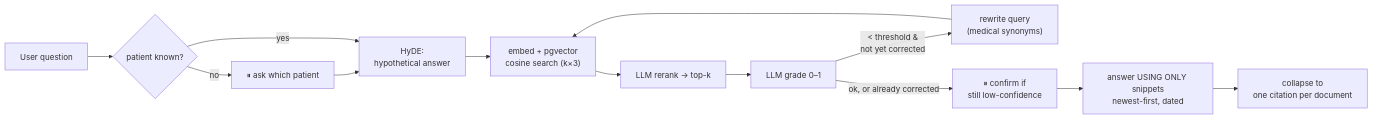
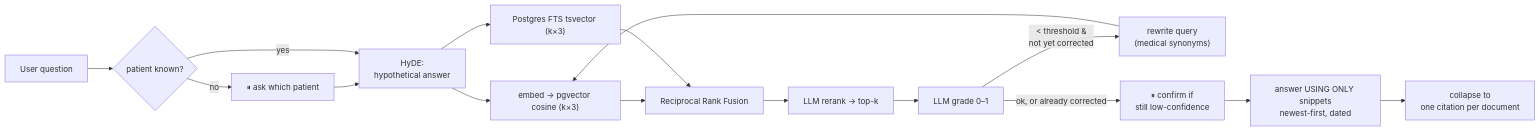
The fourth of 7 diagrams in README.md (shyan23/keeper), drawn with Mermaid before and after one commit. The commit also changed other lines of this file and 13 other files, not shown here.

Commit message:
GRAPH: BOTH UI AND DB

````diff
--- a/README.md
+++ b/README.md
@@ -325,15 +363,17 @@
 ```mermaid
 flowchart LR
     Q["User question"] --> RP{patient known?}
     RP -->|no| PICK["⏸ ask which patient"]
     PICK --> HYDE
     RP -->|yes| HYDE["HyDE:<br/>hypothetical answer"]
-    HYDE --> EMB["embed + pgvector<br/>cosine search (k×3)"]
-    EMB --> RR["LLM rerank → top-k"]
+    HYDE --> EMB["embed → pgvector cosine (k×3)"]
+    HYDE --> FTS["Postgres FTS tsvector (k×3)"]
+    EMB & FTS --> RRF["Reciprocal Rank Fusion"]
+    RRF --> RR["LLM rerank → top-k"]
     RR --> GR["LLM grade 0–1"]
     GR -->|"< threshold &<br/>not yet corrected"| CQ["rewrite query<br/>(medical synonyms)"]
     CQ --> EMB
     GR -->|"ok, or already corrected"| HITL["⏸ confirm if<br/>still low-confidence"]
     HITL --> ANS["answer USING ONLY snippets<br/>newest-first, dated"]
     ANS --> SRC["collapse to<br/>one citation per document"]
 ```
````
